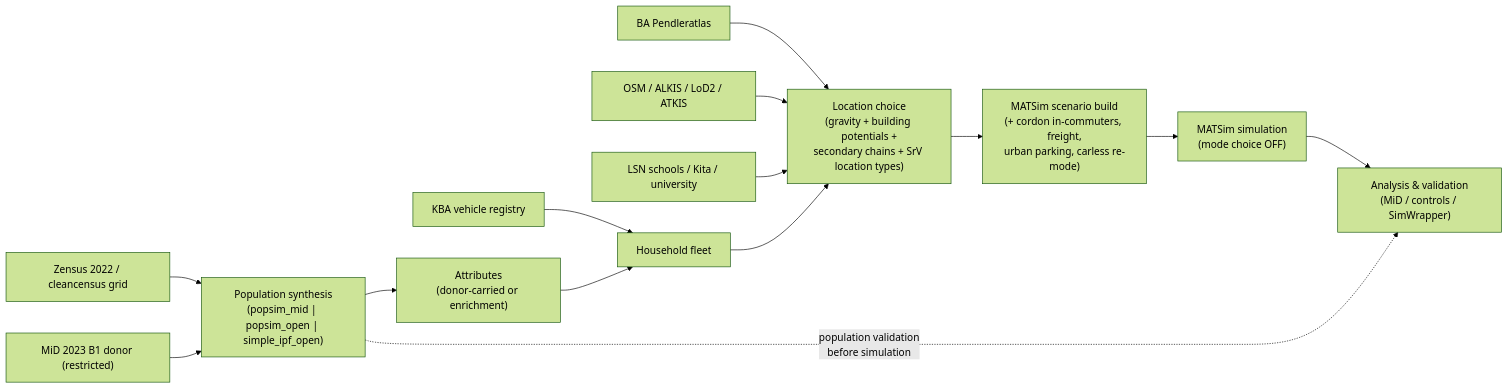
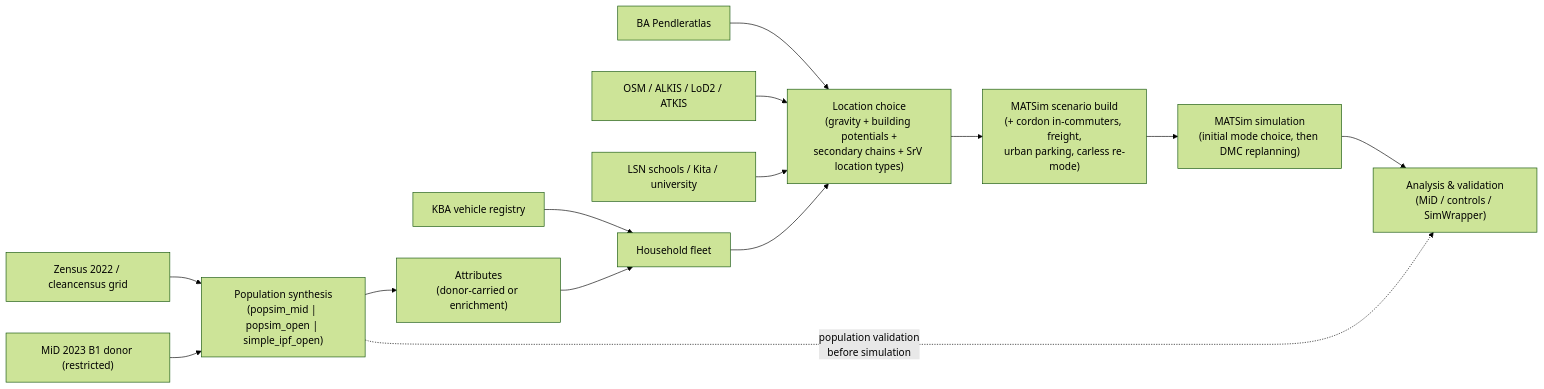
Before and after one commit to TUBS-IVS/eqasim-bs: the diagram in README.md, drawn with Mermaid (forest theme). The commit also changed other lines of this file and 7 other files, not shown here.

````diff
--- a/README.md
+++ b/README.md
@@ -72,16 +75,16 @@
 ```mermaid
 flowchart LR
     I1["Zensus 2022 / cleancensus grid"] --> SYN
     I2["MiD 2023 B1 donor (restricted)"] --> SYN
     I3["BA Pendleratlas"] --> LOC
     I4["OSM / ALKIS / LoD2 / ATKIS"] --> LOC
     I5["LSN schools / Kita / university"] --> LOC
     I6["KBA vehicle registry"] --> FLEET
     SYN["Population synthesis<br/>(popsim_mid | popsim_open | simple_ipf_open)"] --> ATTR["Attributes<br/>(donor-carried or enrichment)"]
     ATTR --> FLEET["Household fleet"]
     FLEET --> LOC["Location choice<br/>(gravity + building potentials +<br/>secondary chains + SrV location types)"]
     LOC --> BUILD["MATSim scenario build<br/>(+ cordon in-commuters, freight,<br/>urban parking, carless re-mode)"]
-    BUILD --> SIM["MATSim simulation<br/>(mode choice OFF)"]
+    BUILD --> SIM["MATSim simulation<br/>(initial mode choice, then DMC replanning)"]
     SIM --> AN["Analysis & validation<br/>(MiD / controls / SimWrapper)"]
     SYN -.->|population validation<br/>before simulation| AN
 ```
````
